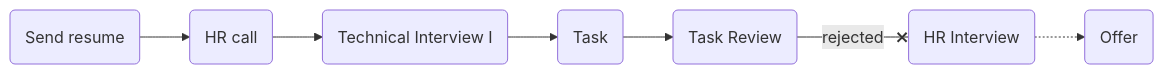
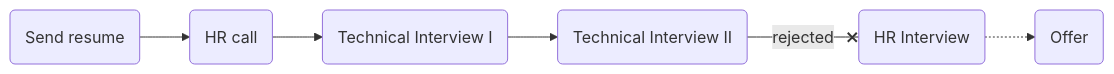
One commit to mo1ein/jobname changed the diagram in src/tabdeal/tabdeal.md. Above: the diagram before and after it, drawn with Mermaid. The commit also changed other lines of this file and 7 other files, not shown here.

````diff
--- a/src/tabdeal/tabdeal.md
+++ b/src/tabdeal/tabdeal.md
@@ -7,4 +7,4 @@
 ```mermaid
 flowchart LR
-    sr(Send resume) --> hr(HR call) --> ti(Technical Interview I) --> task(Task)--> ti2(Task Review) --rejected--x hr2(HR Interview) -.-> o(Offer)
+    sr(Send resume) --> hr(HR call) --> ti(Technical Interview I) --> ti2(Technical Interview II) --rejected--x hr2(HR Interview) -.-> o(Offer)
 ```
````
